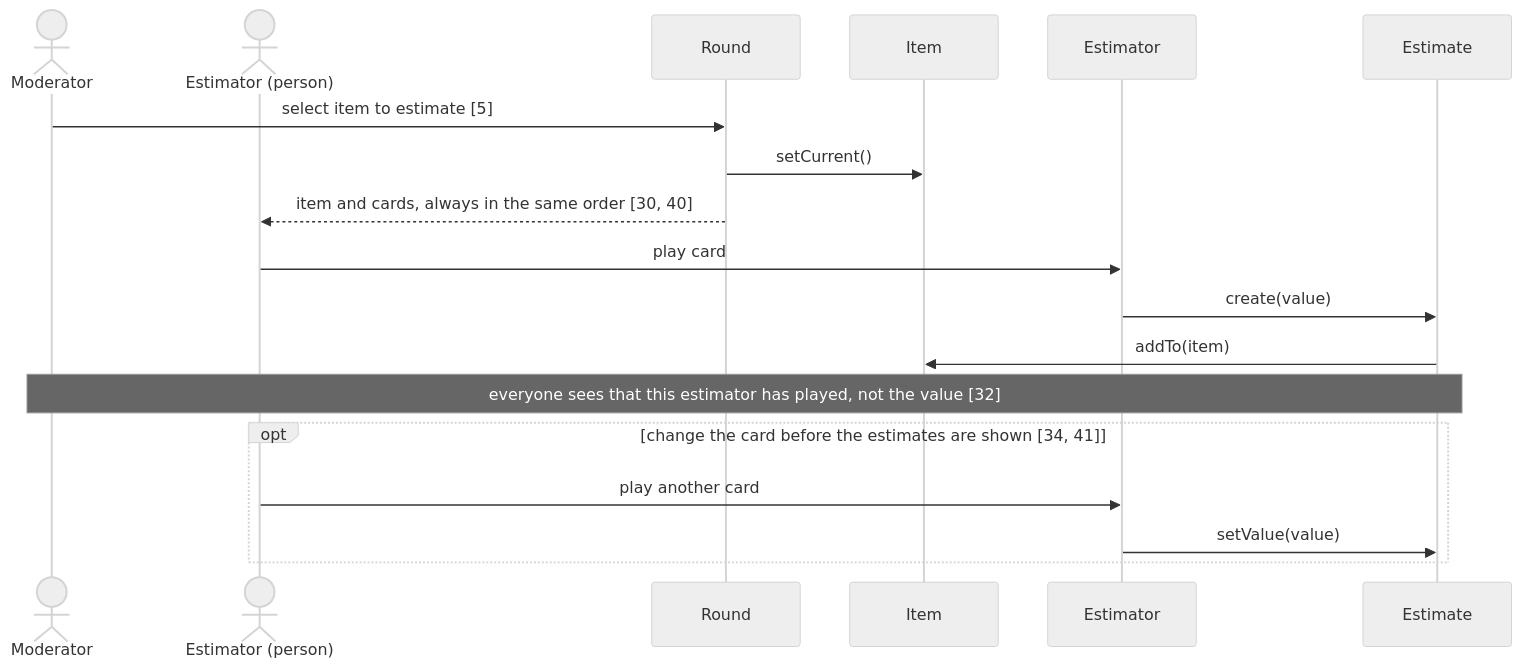
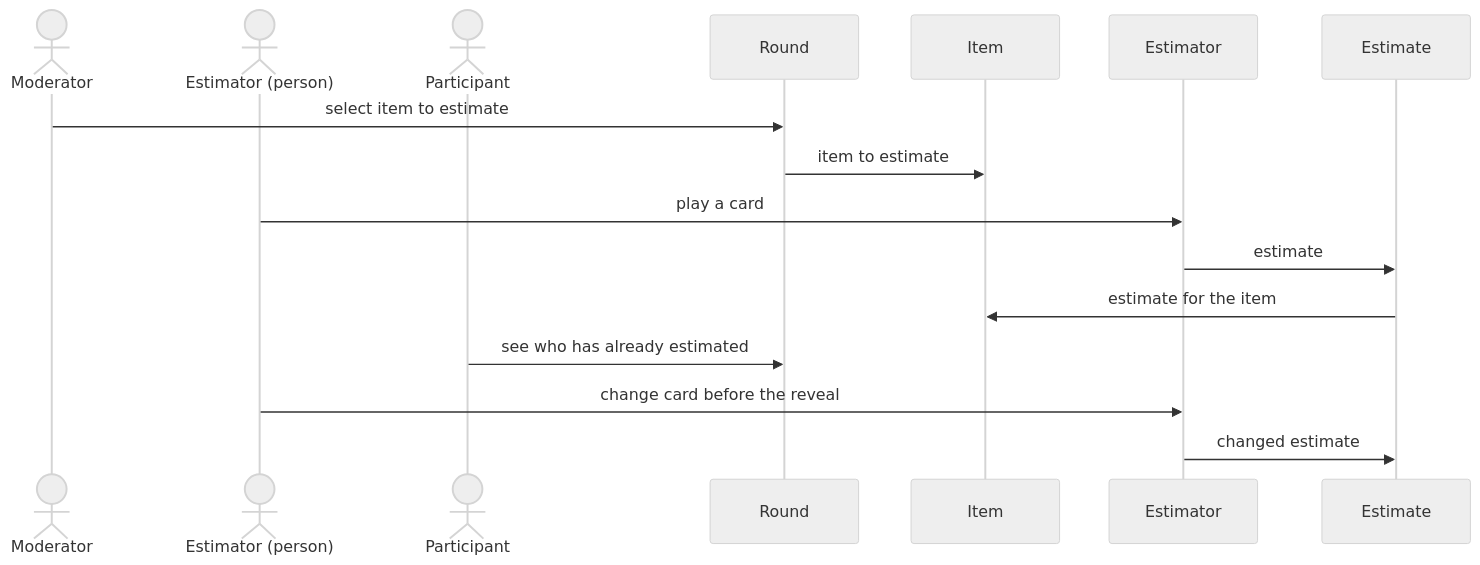
The diagram in 4_gold_standard_sequence_diagrams/planningpoker/sd4_estimate_item.mmd (grumartin/user-story-domain-model-datasets), drawn with Mermaid (neutral theme) before and after one commit. The commit also changed 151 other files, not shown here.

Commit message:
Adapt domain models to revised gold and silver standard & Create Sequence Diagrams for all Projects (#2)

```diff
--- a/4_gold_standard_sequence_diagrams/planningpoker/sd4_estimate_item.mmd
+++ b/4_gold_standard_sequence_diagrams/planningpoker/sd4_estimate_item.mmd
@@ -1,22 +1,24 @@
 sequenceDiagram
     %% SD4 - Estimate an item
-    %% Stories: 5, 30, 32, 34, 40, 41
-    %% Description: The moderator selects an item; each estimator plays a card, which they can change until the estimates are shown.
+    %% Stories: 5, 30, 32, 34, 41
+    %% Description: The moderator selects an item, the estimators play a card and can change it until the estimates are shown. Everyone sees who has already estimated.
     actor M as Moderator
     actor EP as Estimator (person)
+    actor PT as Participant
     participant R as Round
     participant I as Item
     participant E as Estimator
     participant ES as Estimate
 
-    M->>R: select item to estimate [5]
-    R->>I: setCurrent()
-    R-->>EP: item and cards, always in the same order [30, 40]
-    EP->>E: play card
-    E->>ES: create(value)
-    ES->>I: addTo(item)
-    Note over M,ES: everyone sees that this estimator has played, not the value [32]
-    opt change the card before the estimates are shown [34, 41]
-        EP->>E: play another card
-        E->>ES: setValue(value)
-    end
+    %% covers 5
+    M->>R: select item to estimate
+    %% covers 30
+    R->>I: item to estimate
+    EP->>E: play a card
+    E->>ES: estimate
+    ES->>I: estimate for the item
+    %% covers 32
+    PT->>R: see who has already estimated
+    %% covers 34, 41
+    EP->>E: change card before the reveal
+    E->>ES: changed estimate
```
